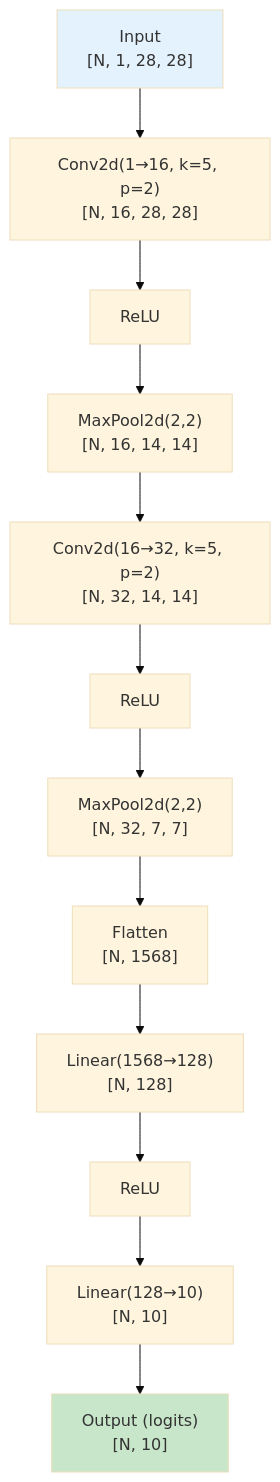
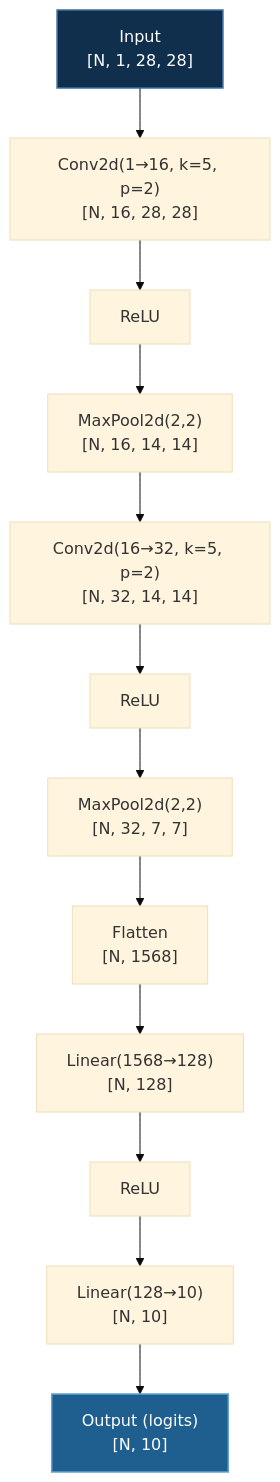
Before and after one commit to yiqiao-yin/deepspeed-course: diagram 13 of 14 in docusaurus-docs/docs/tutorials/basic/convnet.md, drawn with Mermaid (base theme). The commit also changed other lines of this file and 12 other files, not shown here.

````diff
--- a/docusaurus-docs/docs/tutorials/basic/convnet.md
+++ b/docusaurus-docs/docs/tutorials/basic/convnet.md
@@ -669,22 +669,22 @@
 ```mermaid
 flowchart TB
     INPUT["Input<br/>[N, 1, 28, 28]"]
     CONV1["Conv2d(1→16, k=5, p=2)<br/>[N, 16, 28, 28]"]
     RELU1["ReLU"]
     POOL1["MaxPool2d(2,2)<br/>[N, 16, 14, 14]"]
     CONV2["Conv2d(16→32, k=5, p=2)<br/>[N, 32, 14, 14]"]
     RELU2["ReLU"]
     POOL2["MaxPool2d(2,2)<br/>[N, 32, 7, 7]"]
     FLAT["Flatten<br/>[N, 1568]"]
     FC1["Linear(1568→128)<br/>[N, 128]"]
     RELU3["ReLU"]
     FC2["Linear(128→10)<br/>[N, 10]"]
     OUTPUT["Output (logits)<br/>[N, 10]"]
 
     INPUT --> CONV1 --> RELU1 --> POOL1
     POOL1 --> CONV2 --> RELU2 --> POOL2
     POOL2 --> FLAT --> FC1 --> RELU3 --> FC2 --> OUTPUT
 
-    style INPUT fill:#e3f2fd
-    style OUTPUT fill:#c8e6c9
+    style INPUT fill:#0f2f4d,stroke:#3f6f9f,stroke-width:1.5px,color:#ffffff
+    style OUTPUT fill:#1e5f8f,stroke:#63a3d0,stroke-width:1.5px,color:#ffffff
 ```
````
